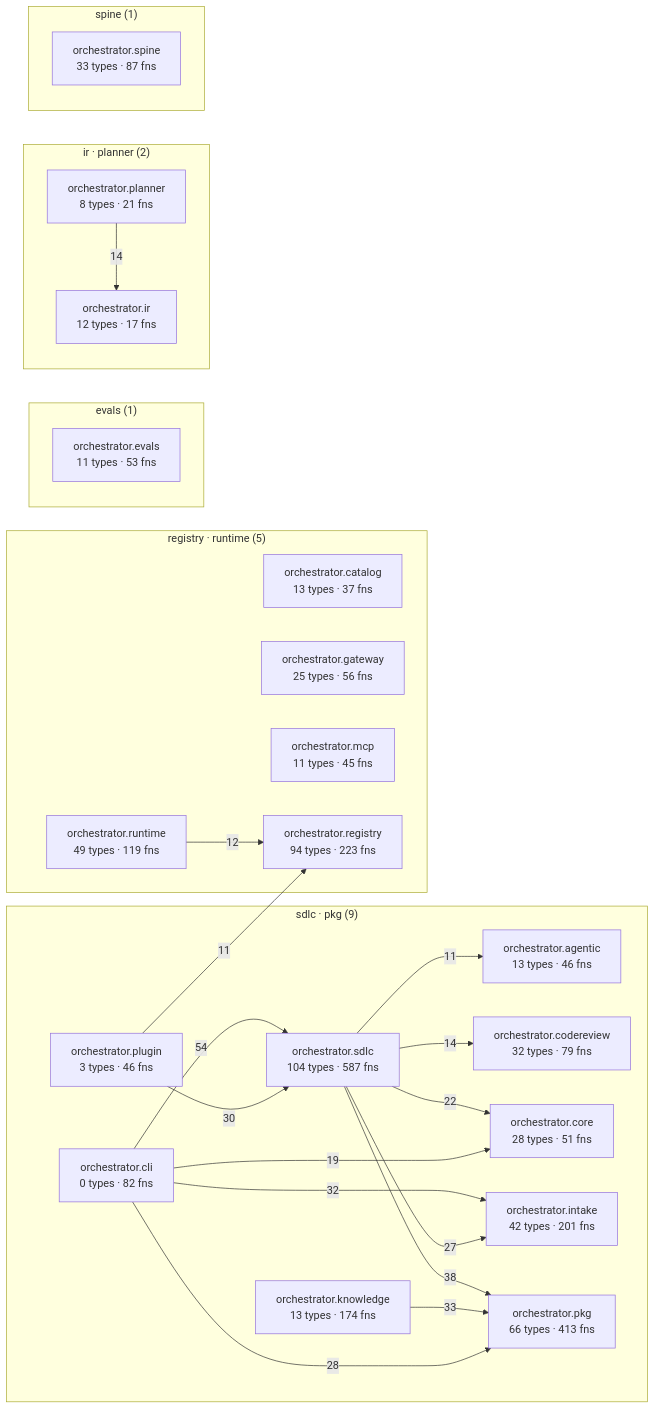
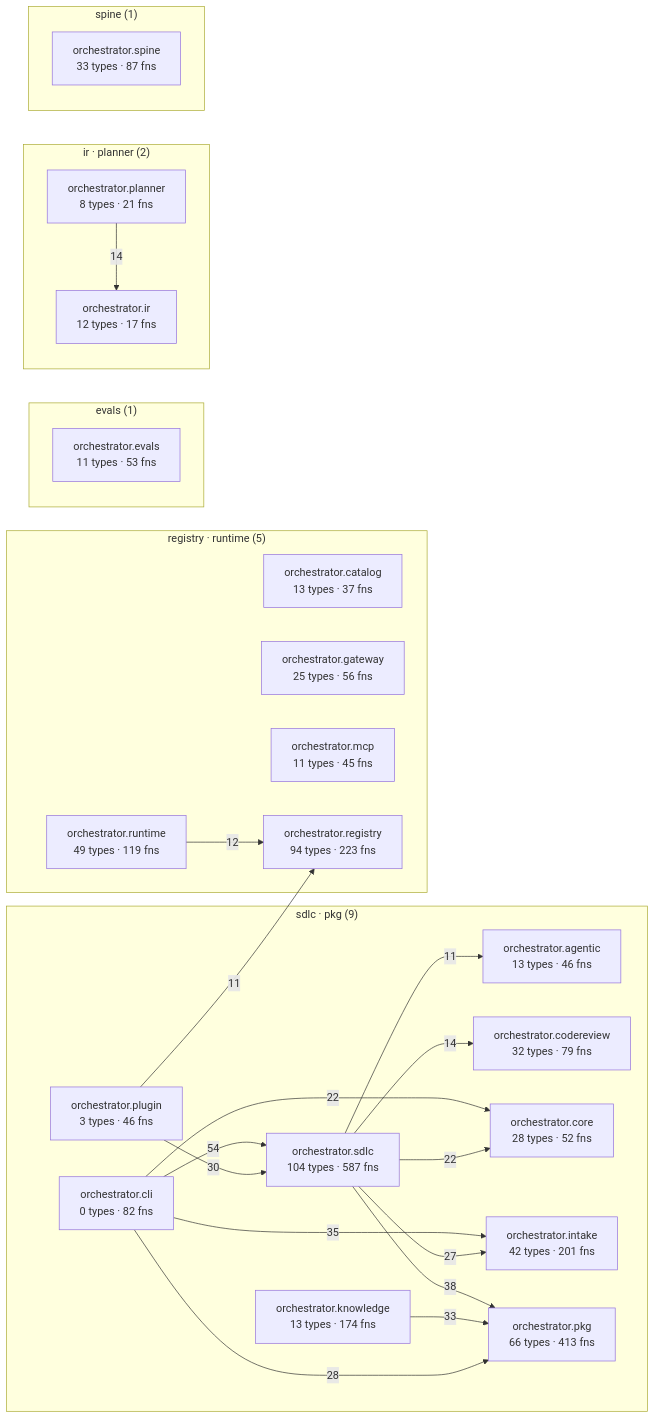
The diagram in episteme/architecture.md (synaptixs/spine), drawn with Mermaid before and after one commit. The commit also changed other lines of this file and 21 other files, not shown here.

````diff
--- a/episteme/architecture.md
+++ b/episteme/architecture.md
@@ -54,45 +54,45 @@
 ```mermaid
 flowchart LR
   subgraph c_1["sdlc · pkg (9)"]
     aorchestratoragentic["orchestrator.agentic<br/>13 types · 46 fns"]
     aorchestratorcli["orchestrator.cli<br/>0 types · 82 fns"]
     aorchestratorcodereview["orchestrator.codereview<br/>32 types · 79 fns"]
-    aorchestratorcore["orchestrator.core<br/>28 types · 51 fns"]
+    aorchestratorcore["orchestrator.core<br/>28 types · 52 fns"]
     aorchestratorintake["orchestrator.intake<br/>42 types · 201 fns"]
     aorchestratorknowledge["orchestrator.knowledge<br/>13 types · 174 fns"]
     aorchestratorpkg["orchestrator.pkg<br/>66 types · 413 fns"]
     aorchestratorplugin["orchestrator.plugin<br/>3 types · 46 fns"]
     aorchestratorsdlc["orchestrator.sdlc<br/>104 types · 587 fns"]
   end
   subgraph c_3["registry · runtime (5)"]
     aorchestratorcatalog["orchestrator.catalog<br/>13 types · 37 fns"]
     aorchestratorgateway["orchestrator.gateway<br/>25 types · 56 fns"]
     aorchestratormcp["orchestrator.mcp<br/>11 types · 45 fns"]
     aorchestratorregistry["orchestrator.registry<br/>94 types · 223 fns"]
     aorchestratorruntime["orchestrator.runtime<br/>49 types · 119 fns"]
   end
   subgraph c_5["evals (1)"]
     aorchestratorevals["orchestrator.evals<br/>11 types · 53 fns"]
   end
   subgraph c_7["ir · planner (2)"]
     aorchestratorir["orchestrator.ir<br/>12 types · 17 fns"]
     aorchestratorplanner["orchestrator.planner<br/>8 types · 21 fns"]
   end
   subgraph c_10["spine (1)"]
     aorchestratorspine["orchestrator.spine<br/>33 types · 87 fns"]
   end
   aorchestratorcli -->|54| aorchestratorsdlc
   aorchestratorsdlc -->|38| aorchestratorpkg
+  aorchestratorcli -->|35| aorchestratorintake
   aorchestratorknowledge -->|33| aorchestratorpkg
-  aorchestratorcli -->|32| aorchestratorintake
   aorchestratorplugin -->|30| aorchestratorsdlc
   aorchestratorcli -->|28| aorchestratorpkg
   aorchestratorsdlc -->|27| aorchestratorintake
+  aorchestratorcli -->|22| aorchestratorcore
   aorchestratorsdlc -->|22| aorchestratorcore
-  aorchestratorcli -->|19| aorchestratorcore
   aorchestratorplanner -->|14| aorchestratorir
   aorchestratorsdlc -->|14| aorchestratorcodereview
   aorchestratorruntime -->|12| aorchestratorregistry
   aorchestratorplugin -->|11| aorchestratorregistry
   aorchestratorsdlc -->|11| aorchestratoragentic
 ```
````
